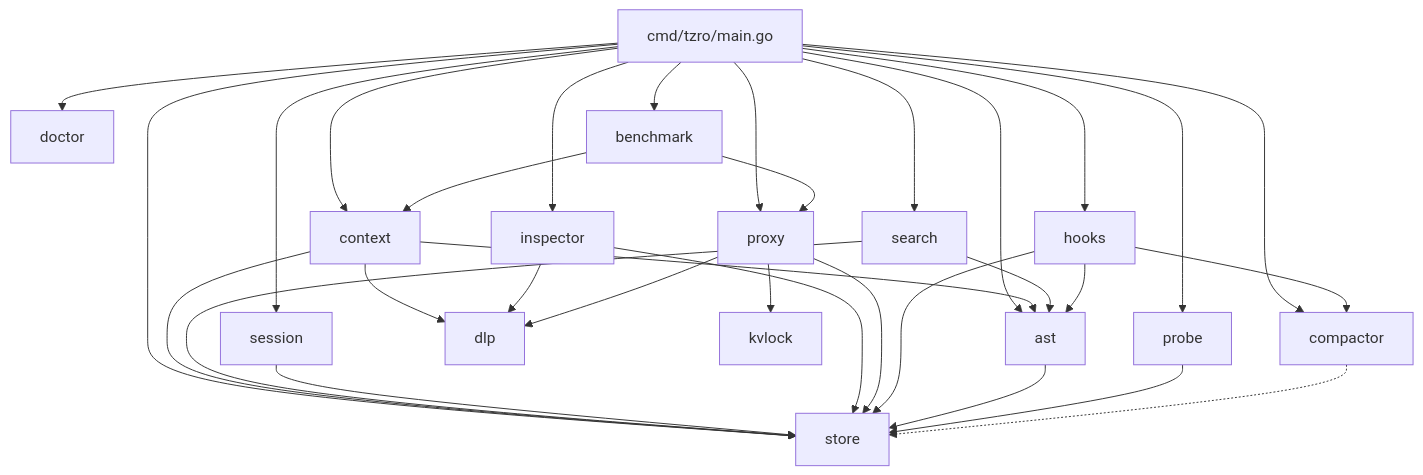
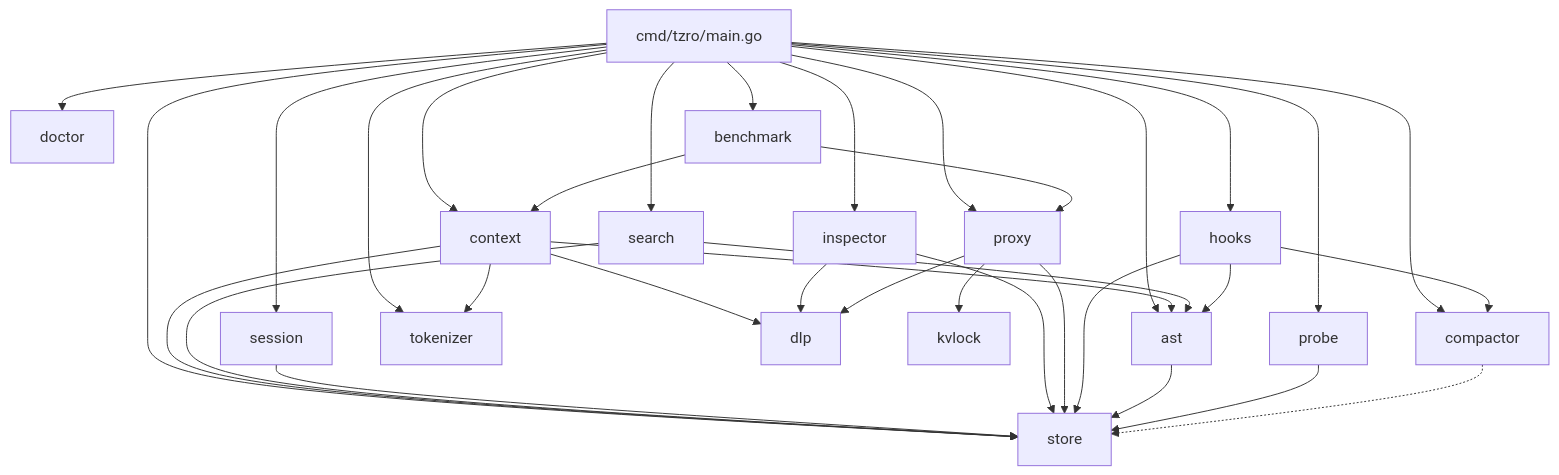
One commit to The18thWarrior/tzro changed the second of 2 diagrams in docs/ARCHITECTURE.md. Above: the diagram before and after it, drawn with Mermaid. The commit also changed other lines of this file and 368 other files, not shown here.

````diff
--- a/docs/ARCHITECTURE.md
+++ b/docs/ARCHITECTURE.md
@@ -154,42 +167,44 @@
 ```mermaid
 graph TD
     CLI[cmd/tzro/main.go] --> proxy
     CLI --> probe
     CLI --> ast
     CLI --> compactor
     CLI --> hooks
     CLI --> store
     CLI --> context
     CLI --> search
     CLI --> session
     CLI --> doctor
     CLI --> inspector
     CLI --> benchmark
+    CLI --> tokenizer
 
     context --> store
     context --> ast
     context --> dlp
+    context --> tokenizer
 
     search --> store
     search --> ast
 
     session --> store
 
     inspector --> store
     inspector --> dlp
 
     benchmark --> proxy
     benchmark --> context
 
     proxy --> store
     proxy --> kvlock
     proxy --> dlp
 
     hooks --> ast
     hooks --> compactor
     hooks --> store
 
     ast --> store
     probe --> store
     compactor -.-> store
 ```
````
